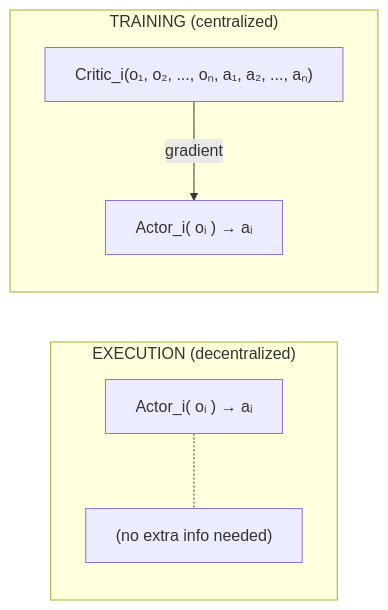
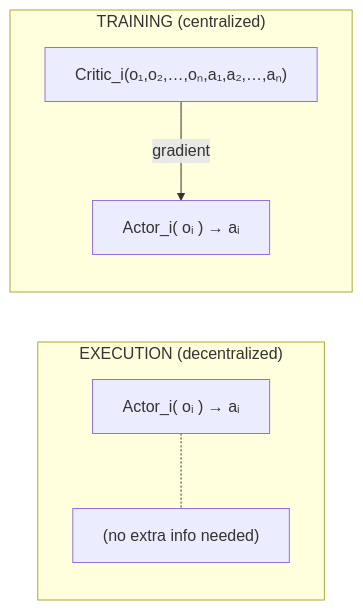
One commit to f-matanza/maddpg-predator-prey changed the diagram in README.md. Above: the diagram before and after it, drawn with Mermaid. The commit also changed other lines of this file, not shown here.

````diff
--- a/README.md
+++ b/README.md
@@ -55,20 +55,18 @@
 ```mermaid
 flowchart TD
     subgraph Training["TRAINING (centralized)"]
         direction TB
-        C["Critic_i(o₁,&nbsp;o₂,&nbsp;...,&nbsp;oₙ,&nbsp;a₁,&nbsp;a₂,&nbsp;...,&nbsp;aₙ)"]
+        C["Critic_i(o₁,o₂,…,oₙ,a₁,a₂,…,aₙ)"]
         A1["Actor_i( oᵢ ) &rarr; aᵢ"]
         C -- gradient --> A1
-
-        style C min-width:300px;
     end
 
     subgraph Execution["EXECUTION (decentralized)"]
         direction TB
         A2["Actor_i( oᵢ ) &rarr; aᵢ"]
         N["(no extra info needed)"]
         A2 -.- N
     end
 
     Training ~~~ Execution
 ```
````
